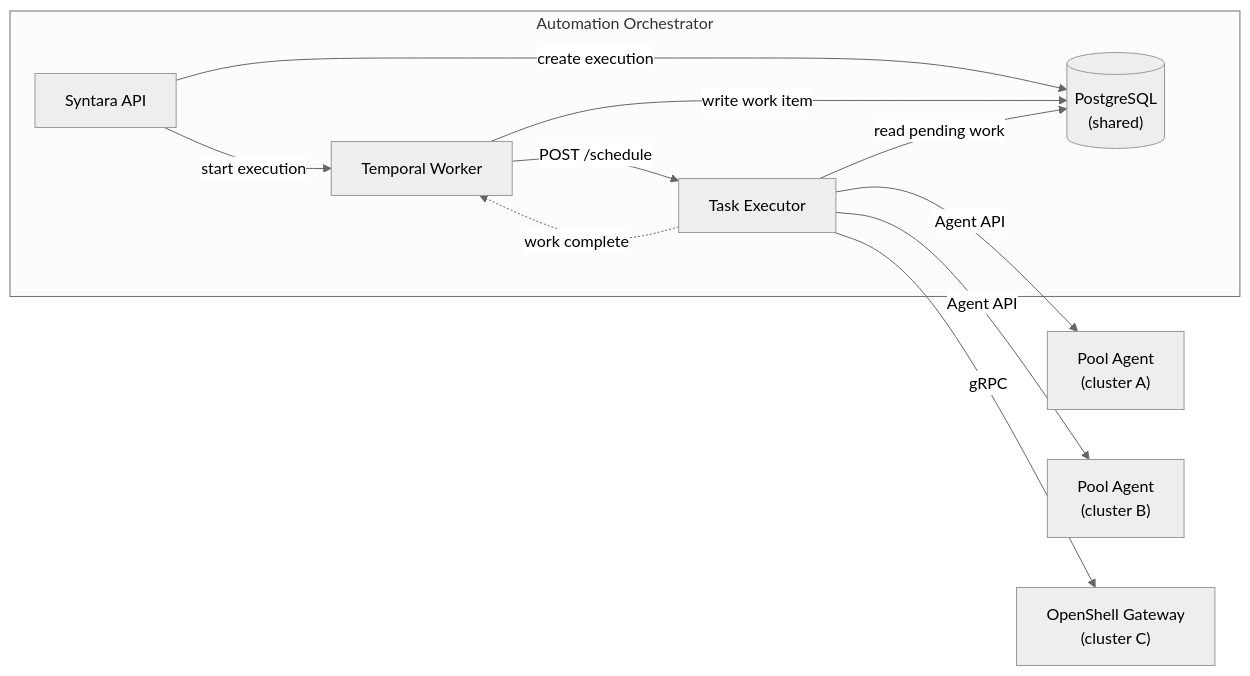
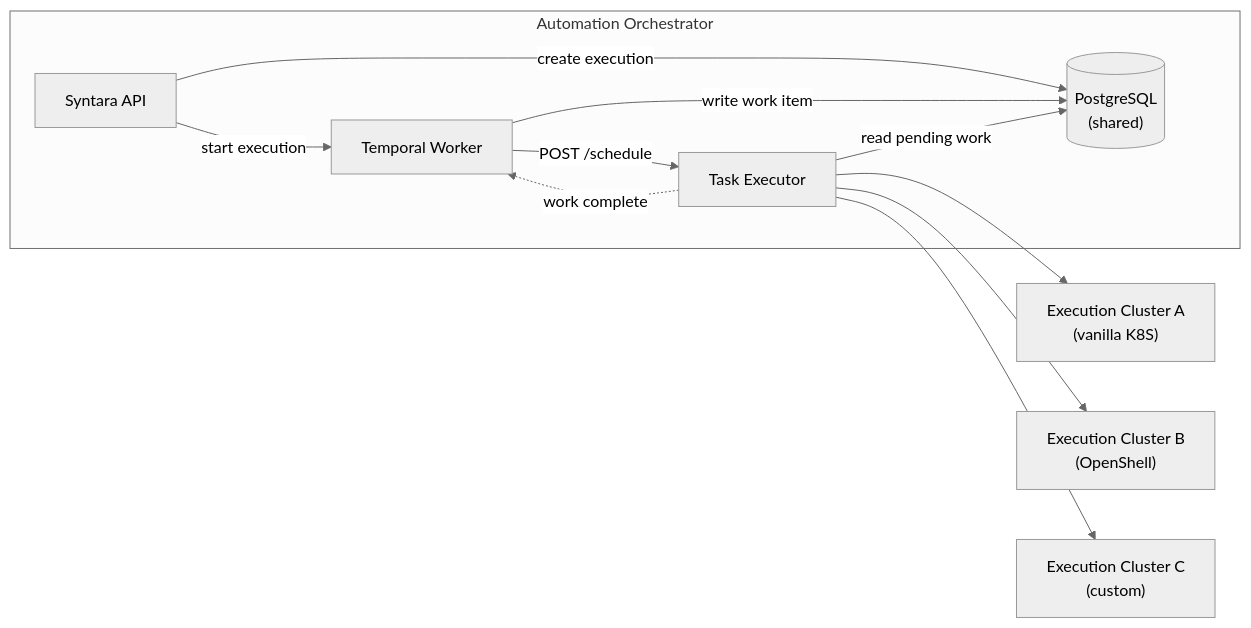
The first of 4 diagrams in backend/docs/execution-plane-decisions.md (AlanCoding/syntara), drawn with Mermaid (neutral theme) before and after one commit. The commit also changed other lines of this file, not shown here.

Commit message:
docs(execution-plane): clarify D1 with affinity/capacity argument and execution cluster naming
- Rename per-cluster nodes to "Execution Cluster" (maps to ExecutionTarget
  in the app); remove protocol-specific arrow labels since the backend
  protocol is an implementation detail of the WorkerManager
- Add affinity and cross-target capacity balancing as the concrete reason
  the Centralized Scheduler is necessary — no per-cluster scheduler has a
  global view without a meta-scheduler

````diff
--- a/backend/docs/execution-plane-decisions.md
+++ b/backend/docs/execution-plane-decisions.md
@@ -21,22 +21,22 @@
 ```mermaid
 graph LR
     subgraph AO["Automation Orchestrator"]
         API["Syntara API"]
         TW["Temporal Worker"]
         TE["Task Executor"]
         PG[("PostgreSQL<br/>(shared)")]
     end
-    PA1["Pool Agent<br/>(cluster A)"]
-    PA2["Pool Agent<br/>(cluster B)"]
-    GW["OpenShell Gateway<br/>(cluster C)"]
+    EC1["Execution Cluster A<br/>(vanilla K8S)"]
+    EC2["Execution Cluster B<br/>(OpenShell)"]
+    EC3["Execution Cluster C<br/>(custom)"]
 
     API -->|"create execution"| PG
     API -->|"start execution"| TW
     TW -->|"write work item"| PG
     TW -->|"POST /schedule"| TE
     TE -->|"read pending work"| PG
     TE -.->|"work complete"| TW
-    TE -->|"Agent API"| PA1
-    TE -->|"Agent API"| PA2
-    TE -->|"gRPC"| GW
+    TE --> EC1
+    TE --> EC2
+    TE --> EC3
 ```
````
